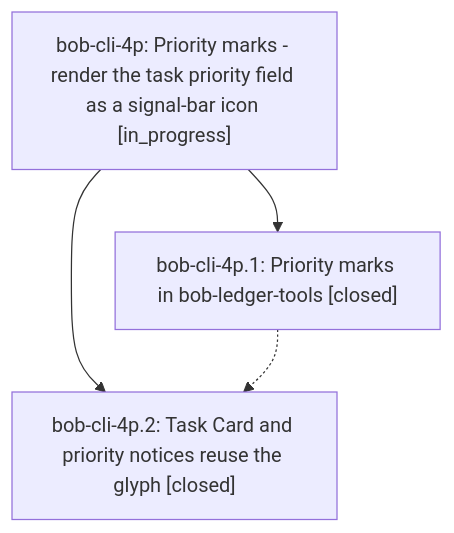
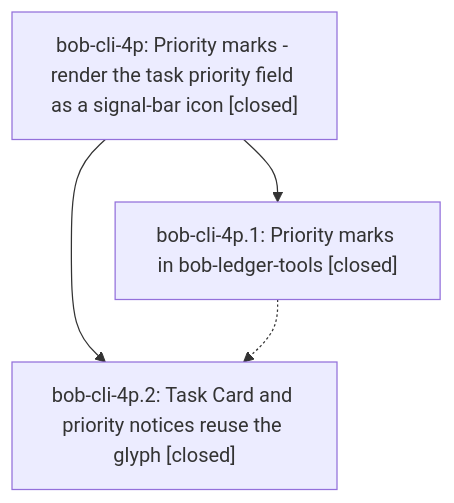
The diagram in pages/bob-cli-4p/README.md (bobs-org/bob-cli--beads), drawn with Mermaid before and after one commit. The commit also changed other lines of this file, not shown here.

First line of the commit message:
chore(beads): sync bead state and pages for bob-cli-4p

````diff
--- a/pages/bob-cli-4p/README.md
+++ b/pages/bob-cli-4p/README.md
@@ -23,9 +35,9 @@
 ```mermaid
 flowchart TD
-    n0["bob-cli-4p: Priority marks - render the task priority field as a signal-bar icon [in_progress]"]
+    n0["bob-cli-4p: Priority marks - render the task priority field as a signal-bar icon [closed]"]
     n1["bob-cli-4p.1: Priority marks in bob-ledger-tools [closed]"]
     n2["bob-cli-4p.2: Task Card and priority notices reuse the glyph [closed]"]
     n0 --> n1
     n0 --> n2
     n1 -.-> n2
 ```
````
